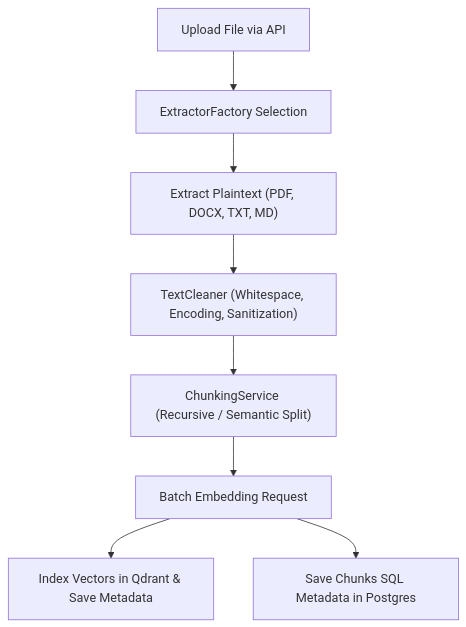
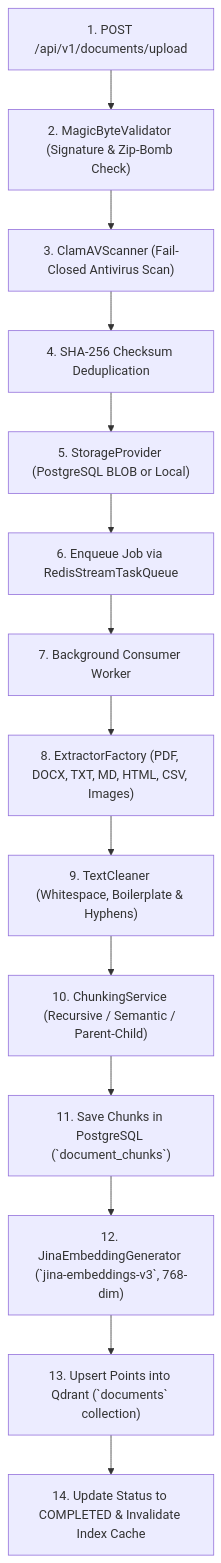
One commit to Satya-Naraharisetty/FusionRAG changed the second of 5 diagrams in ARCHITECTURE.md. Above: the diagram before and after it, drawn with Mermaid. The commit also changed other lines of this file and 6 other files, not shown here.

````diff
--- a/ARCHITECTURE.md
+++ b/ARCHITECTURE.md
@@ -36,10 +42,16 @@
 ```mermaid
 flowchart TD
-    Upload["Upload File via API"] --> Extractor["ExtractorFactory Selection"]
-    Extractor --> Text["Extract Plaintext (PDF, DOCX, TXT, MD)"]
-    Text --> Clean["TextCleaner (Whitespace, Encoding, Sanitization)"]
-    Clean --> Chunk["ChunkingService (Recursive / Semantic Split)"]
-    Chunk --> Batch["Batch Embedding Request"]
-    Batch --> Index["Index Vectors in Qdrant & Save Metadata"]
-    Batch --> DB["Save Chunks SQL Metadata in Postgres"]
+    Upload["1. POST /api/v1/documents/upload"] --> Magic["2. MagicByteValidator (Signature & Zip-Bomb Check)"]
+    Magic --> Malware["3. ClamAVScanner (Fail-Closed Antivirus Scan)"]
+    Malware --> Checksum["4. SHA-256 Checksum Deduplication"]
+    Checksum --> Storage["5. StorageProvider (PostgreSQL BLOB or Local)"]
+    Storage --> Queue["6. Enqueue Job via RedisStreamTaskQueue"]
+    Queue --> Worker["7. Background Consumer Worker"]
+    Worker --> Extractor["8. ExtractorFactory (PDF, DOCX, TXT, MD, HTML, CSV, Images)"]
+    Extractor --> Clean["9. TextCleaner (Whitespace, Boilerplate & Hyphens)"]
+    Clean --> Chunk["10. ChunkingService (Recursive / Semantic / Parent-Child)"]
+    Chunk --> SaveDB["11. Save Chunks in PostgreSQL (`document_chunks`)"]
+    SaveDB --> BatchEmbed["12. JinaEmbeddingGenerator (`jina-embeddings-v3`, 768-dim)"]
+    BatchEmbed --> QdrantUpsert["13. Upsert Points into Qdrant (`documents` collection)"]
+    QdrantUpsert --> Complete["14. Update Status to COMPLETED & Invalidate Index Cache"]
 ```
````
